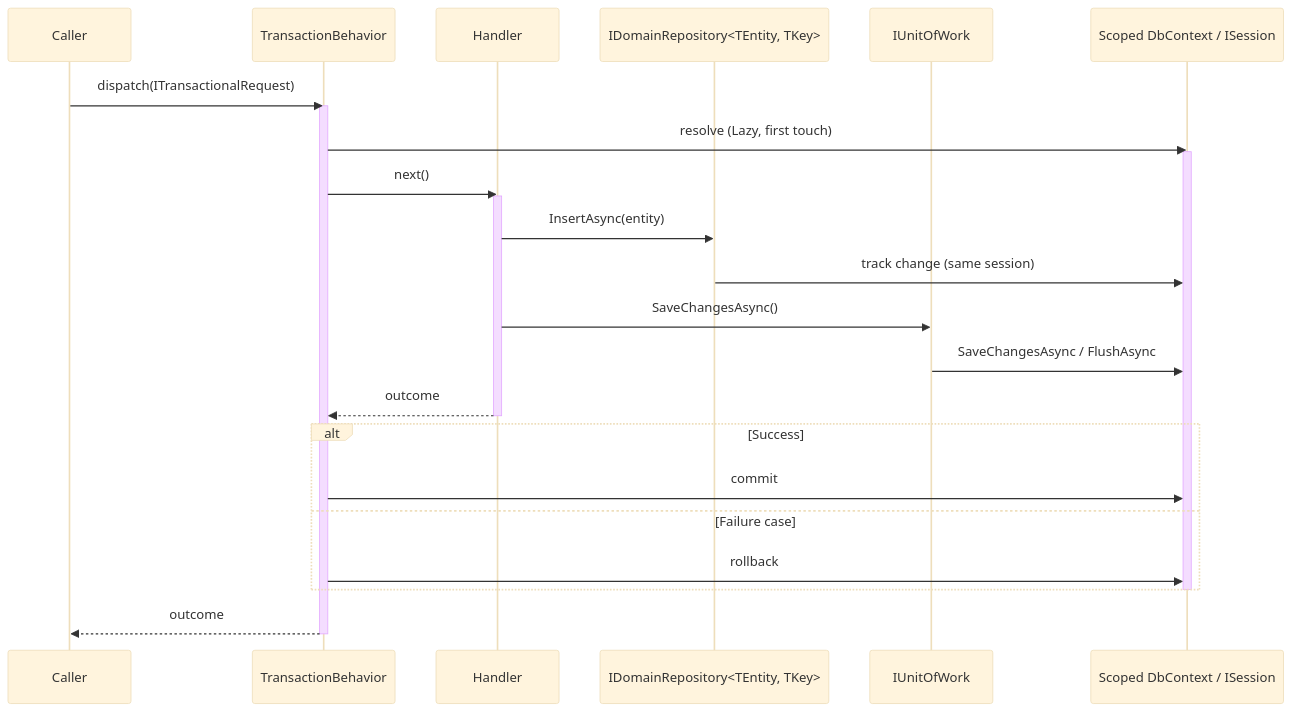
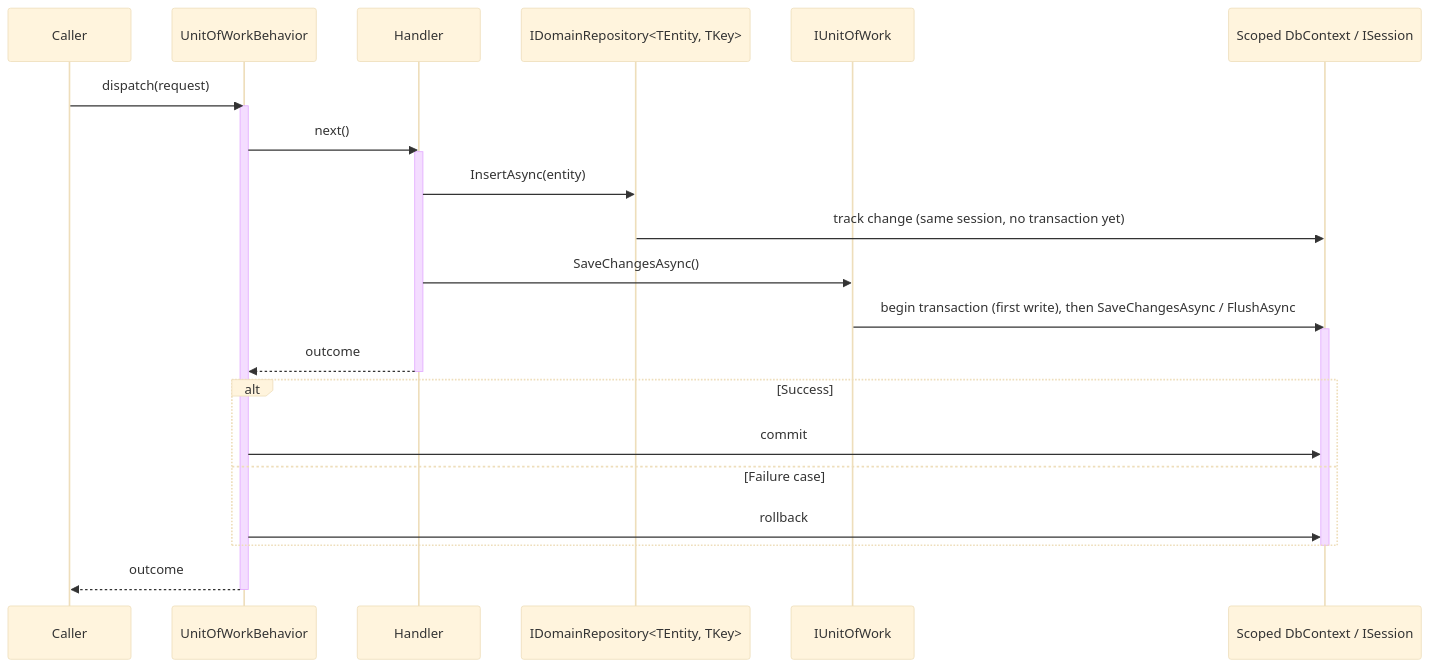
The diagram in documentation/persistence-abstraction.md (rheone/interlocutor), drawn with Mermaid (base theme) before and after one commit. The commit also changed other lines of this file and 89 other files, not shown here.

First line of the commit message:
feat: make IUnitOfWork the transaction owner (ADR-0018)

````diff
--- a/documentation/persistence-abstraction.md
+++ b/documentation/persistence-abstraction.md
@@ -10,30 +10,29 @@
 ```mermaid
 sequenceDiagram
     participant Caller
-    participant Transaction as TransactionBehavior
+    participant Behavior as UnitOfWorkBehavior
     participant Handler
     participant Repo as IDomainRepository<TEntity, TKey>
     participant UoW as IUnitOfWork
     participant Session as Scoped DbContext / ISession
 
-    Caller->>Transaction: dispatch(ITransactionalRequest)
-    activate Transaction
-    Transaction->>Session: resolve (Lazy, first touch)
-    activate Session
-    Transaction->>Handler: next()
+    Caller->>Behavior: dispatch(request)
+    activate Behavior
+    Behavior->>Handler: next()
     activate Handler
     Handler->>Repo: InsertAsync(entity)
-    Repo->>Session: track change (same session)
+    Repo->>Session: track change (same session, no transaction yet)
     Handler->>UoW: SaveChangesAsync()
-    UoW->>Session: SaveChangesAsync / FlushAsync
-    Handler-->>Transaction: outcome
+    UoW->>Session: begin transaction (first write), then SaveChangesAsync / FlushAsync
+    activate Session
+    Handler-->>Behavior: outcome
     deactivate Handler
     alt Success
-        Transaction->>Session: commit
+        Behavior->>Session: commit
     else Failure case
-        Transaction->>Session: rollback
+        Behavior->>Session: rollback
     end
     deactivate Session
-    Transaction-->>Caller: outcome
-    deactivate Transaction
+    Behavior-->>Caller: outcome
+    deactivate Behavior
 ```
````
